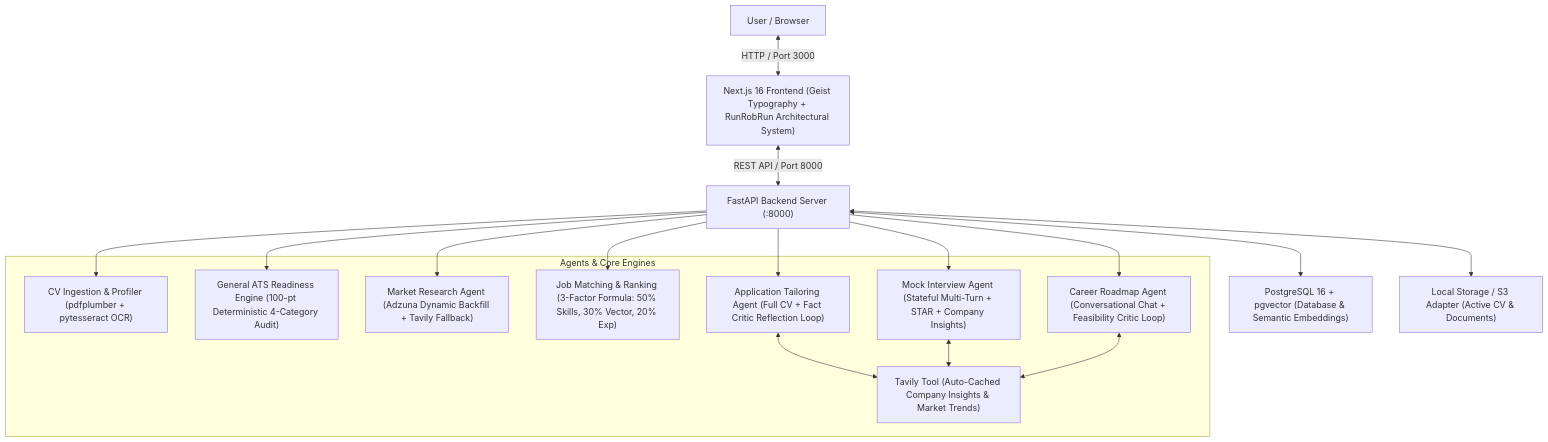
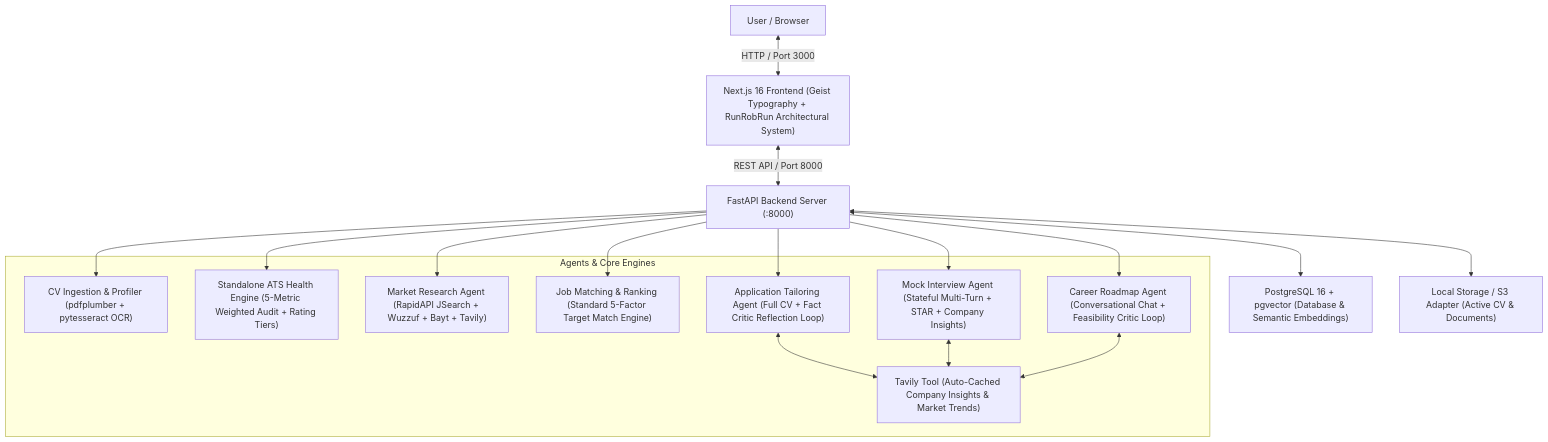
Before and after one commit to Mostafa710/career-copilot: the first of 9 diagrams in docs/architecture_flowcharts.md, drawn with Mermaid. The commit also changed other lines of this file and 1 other file, not shown here.

Commit message:
docs: update README and architecture flowcharts to reflect standardized dual-mode ATS engine and 15-20 job batch capacity

````diff
--- a/docs/architecture_flowcharts.md
+++ b/docs/architecture_flowcharts.md
@@ -9,25 +9,25 @@
 ```mermaid
 flowchart TD
     User["User / Browser"] <-->|HTTP / Port 3000| NextFrontend["Next.js 16 Frontend (Geist Typography + RunRobRun Architectural System)"]
     NextFrontend <-->|REST API / Port 8000| FastApiServer["FastAPI Backend Server (:8000)"]
     
     SharedDB["PostgreSQL 16 + pgvector (Database & Semantic Embeddings)"]
     LocalStorage["Local Storage / S3 Adapter (Active CV & Documents)"]
 
     FastApiServer <--> SharedDB
     FastApiServer <--> LocalStorage
 
     subgraph AgentsLayer ["Agents & Core Engines"]
         Agent_CV["CV Ingestion & Profiler (pdfplumber + pytesseract OCR)"]
-        ATS_Gen["General ATS Readiness Engine (100-pt Deterministic 4-Category Audit)"]
-        Agent_MR["Market Research Agent (Adzuna Dynamic Backfill + Tavily Fallback)"]
-        Agent_JM["Job Matching & Ranking (3-Factor Formula: 50% Skills, 30% Vector, 20% Exp)"]
+        ATS_Gen["Standalone ATS Health Engine (5-Metric Weighted Audit + Rating Tiers)"]
+        Agent_MR["Market Research Agent (RapidAPI JSearch + Wuzzuf + Bayt + Tavily)"]
+        Agent_JM["Job Matching & Ranking (Standard 5-Factor Target Match Engine)"]
         Agent_APP["Application Tailoring Agent (Full CV + Fact Critic Reflection Loop)"]
         Agent_INT["Mock Interview Agent (Stateful Multi-Turn + STAR + Company Insights)"]
         Agent_CR["Career Roadmap Agent (Conversational Chat + Feasibility Critic Loop)"]
         Tool_Tavily["Tavily Tool (Auto-Cached Company Insights & Market Trends)"]
     end
 
     FastApiServer --> Agent_CV & ATS_Gen & Agent_MR & Agent_JM & Agent_APP & Agent_INT & Agent_CR
     Agent_APP & Agent_INT & Agent_CR <--> Tool_Tavily
 ```
````
